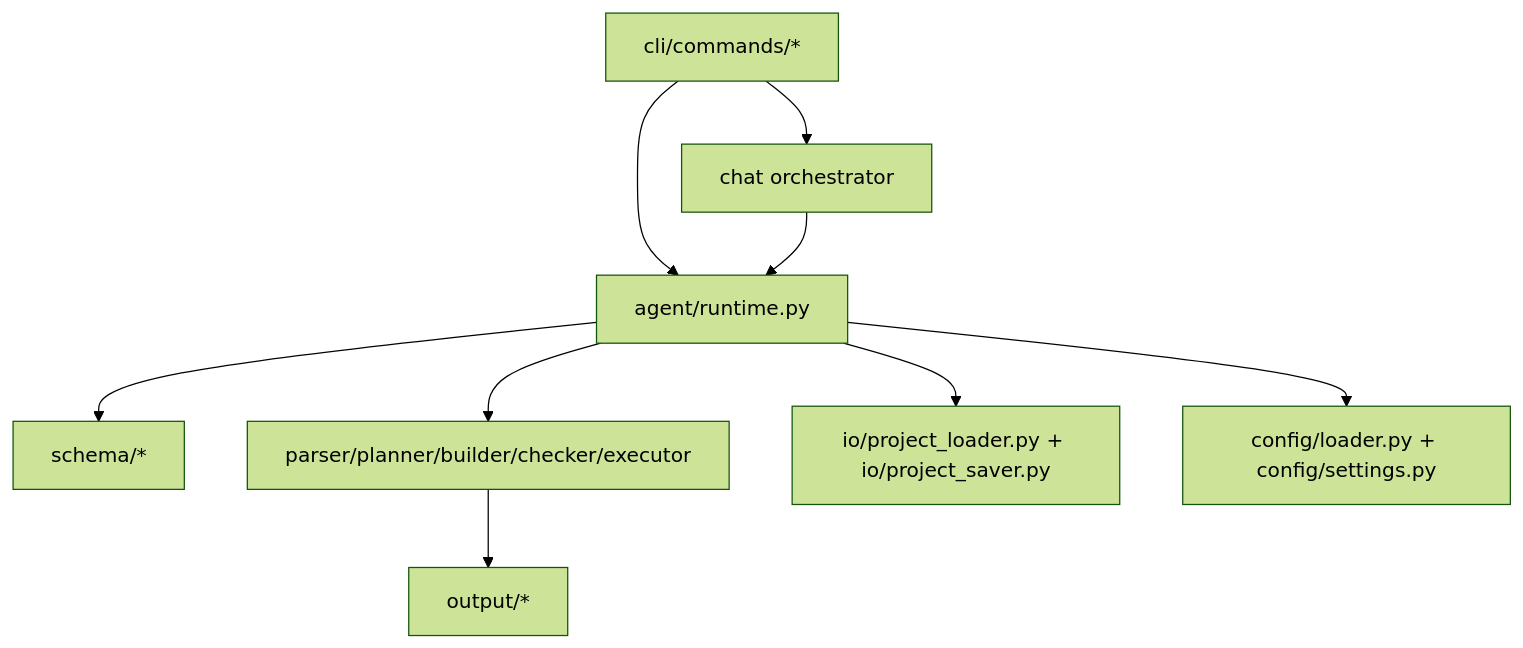
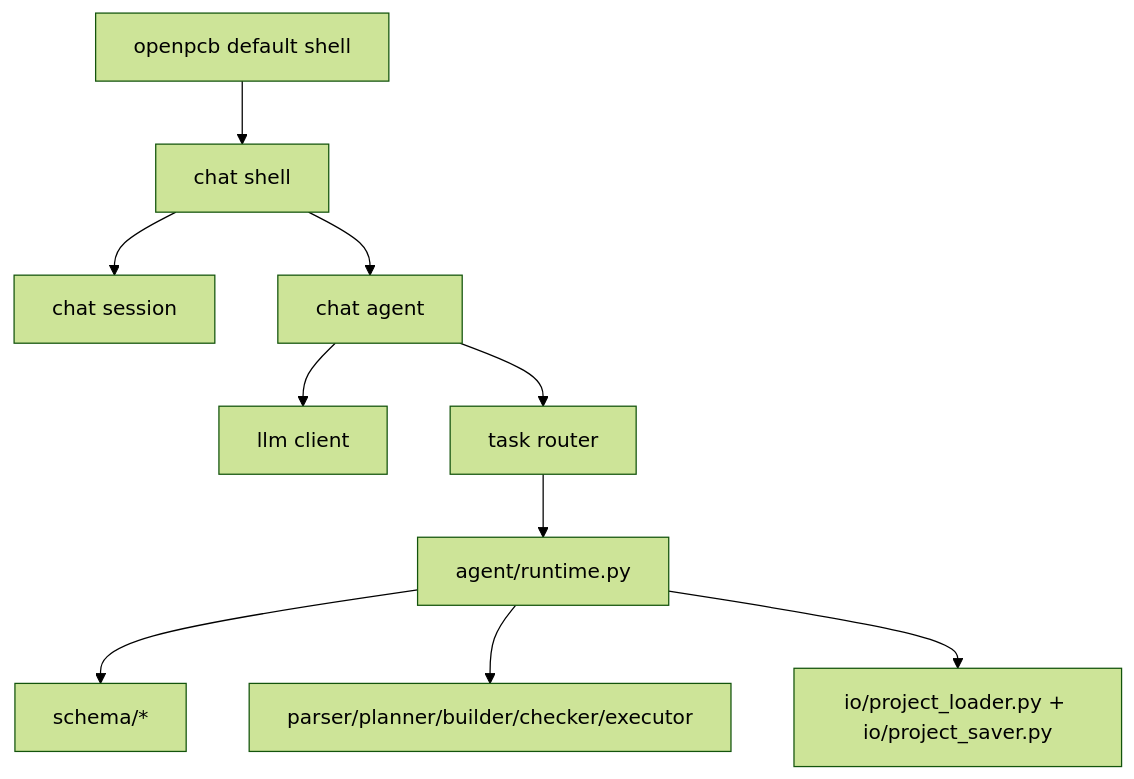
The second of 2 diagrams in docs/architecture/system-architecture.md (yuanmk26/OpenPCB), drawn with Mermaid (forest theme) before and after one commit. The commit also changed other lines of this file and 3 other files, not shown here.

Commit message:
docs: refine conversation-first shell architecture

````diff
--- a/docs/architecture/system-architecture.md
+++ b/docs/architecture/system-architecture.md
@@ -74,11 +94,12 @@
 ```mermaid
 flowchart TD
-    CLI[cli/commands/*] --> CHAT[chat orchestrator]
-    CLI --> RT[agent/runtime.py]
-    CHAT --> RT
+    CLI[openpcb default shell] --> SHELL[chat shell]
+    SHELL --> SESSION[chat session]
+    SHELL --> CHATAGENT[chat agent]
+    CHATAGENT --> LLM[llm client]
+    CHATAGENT --> ROUTER[task router]
+    ROUTER --> RT[agent/runtime.py]
     RT --> SCHEMA[schema/*]
-    RT --> DOMAIN[parser/planner/builder/checker/executor]
+    RT --> PCB[parser/planner/builder/checker/executor]
     RT --> IO[io/project_loader.py + io/project_saver.py]
-    RT --> CFG[config/loader.py + config/settings.py]
-    DOMAIN --> OUT[output/*]
 ```
````
